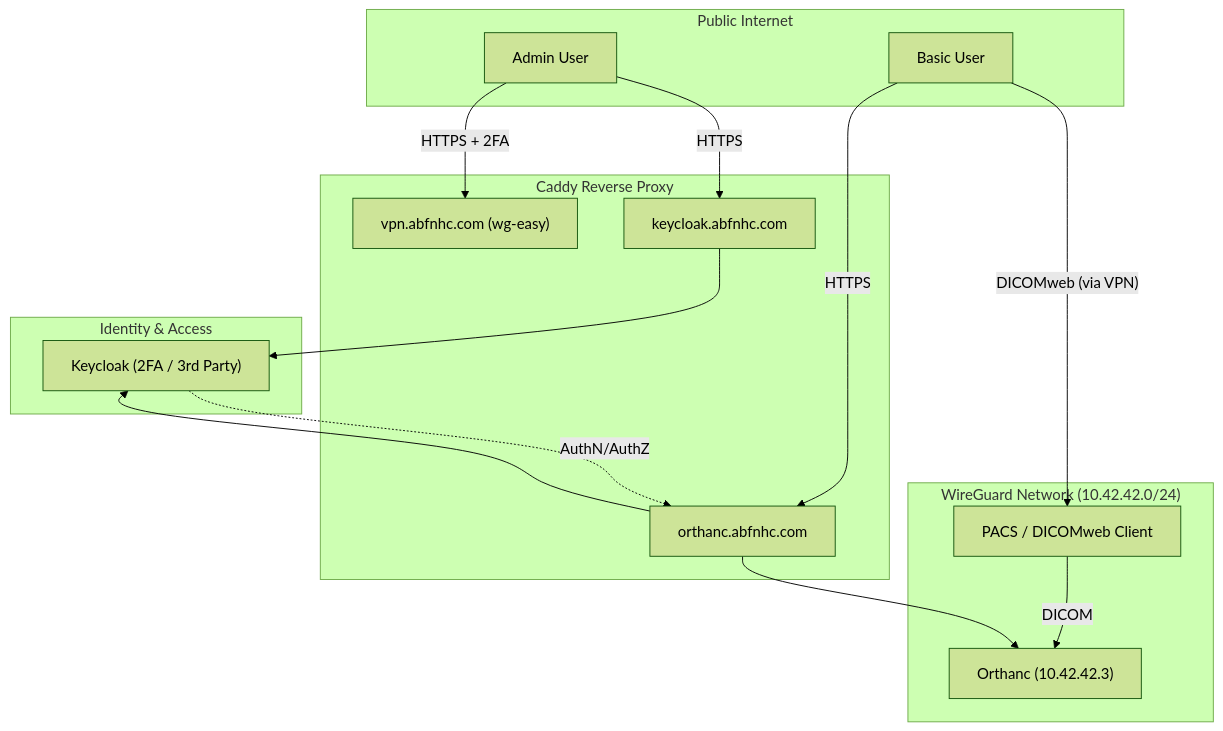
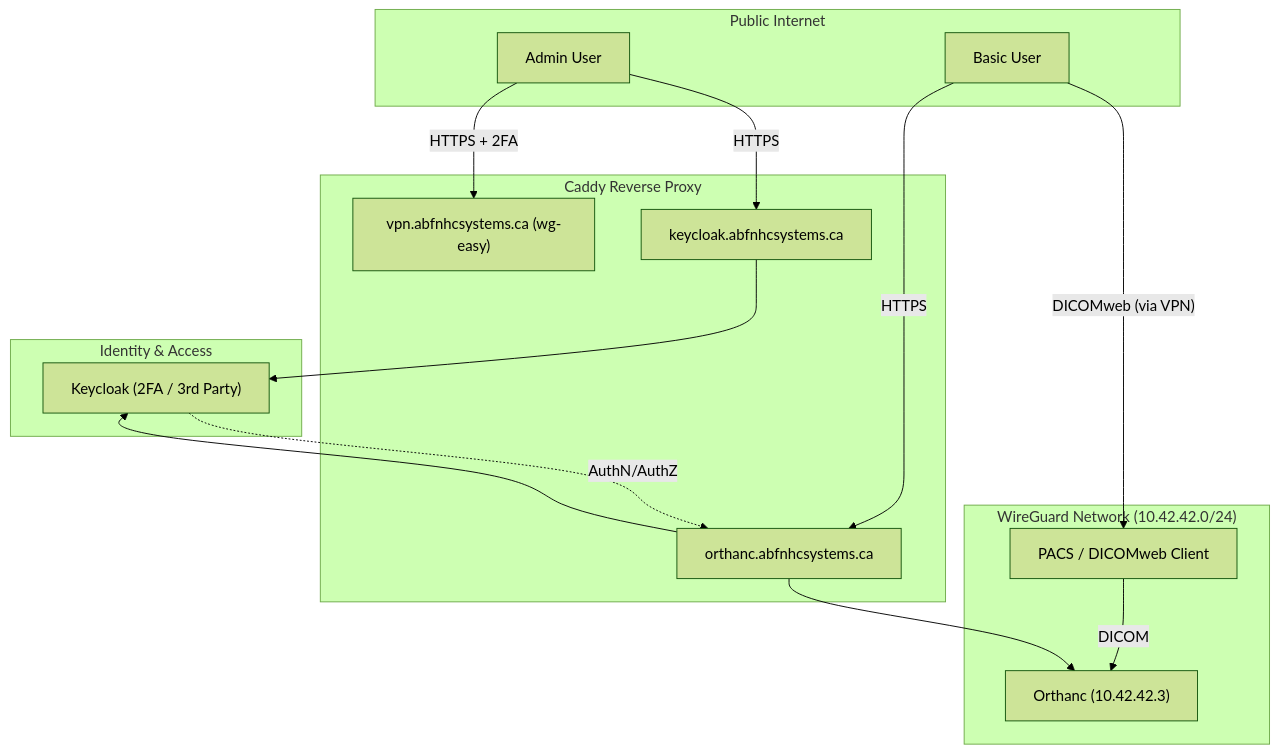
The diagram in docs/hipaa/data-flows.md (nidus-lab/FNHC-Orthanc-Demo), drawn with Mermaid (forest theme) before and after one commit. The commit also changed other lines of this file and 6 other files, not shown here.

````diff
--- a/docs/hipaa/data-flows.md
+++ b/docs/hipaa/data-flows.md
@@ -6,36 +6,36 @@
 ```mermaid
 graph TD
   subgraph Public["Public Internet"]
     Admin["Admin User"]
     Basic["Basic User"]
   end
 
   subgraph Caddy["Caddy Reverse Proxy"]
-    RP_VPN["vpn.abfnhc.com (wg-easy)"]
-    RP_KC["keycloak.abfnhc.com"]
-    RP_UI["orthanc.abfnhc.com"]
+    RP_VPN["vpn.abfnhcsystems.ca (wg-easy)"]
+    RP_KC["keycloak.abfnhcsystems.ca"]
+    RP_UI["orthanc.abfnhcsystems.ca"]
   end
 
   subgraph WG["WireGuard Network (10.42.42.0/24)"]
     PACS["PACS / DICOMweb Client"]
     ORT["Orthanc (10.42.42.3)"]
   end
 
   subgraph Auth["Identity & Access"]
     KC["Keycloak (2FA / 3rd Party)"]
   end
 
   %% Admin Flows
   Admin -->|"HTTPS + 2FA"| RP_VPN
   Admin -->|"HTTPS"| RP_KC
   RP_KC --> KC
 
   %% Basic User Flows
   Basic -->|"DICOMweb (via VPN)"| PACS
   PACS -->|"DICOM"| ORT
 
   Basic -->|"HTTPS"| RP_UI
   RP_UI --> KC
   KC -.->|"AuthN/AuthZ"| RP_UI
   RP_UI --> ORT
 ```
````
